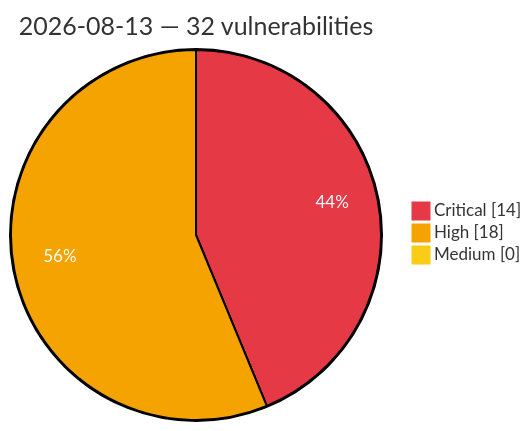
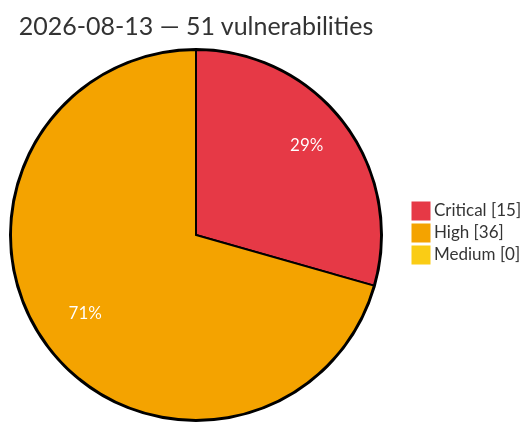
Before and after one commit to GhostX0X/vuln-tracker: the diagram in vulnerabilities/2026/August/2026-08-13.md, drawn with Mermaid. The commit also changed other lines of this file and 5 other files, not shown here.

Commit message:
Auto update: critical/high vulns (2026-08-13 14:43 UTC)

````diff
--- a/vulnerabilities/2026/August/2026-08-13.md
+++ b/vulnerabilities/2026/August/2026-08-13.md
@@ -3,8 +3,8 @@
 ```mermaid
 %%{init: {'theme':'base', 'themeVariables': {'pie1':'#e63946', 'pie2':'#f4a300', 'pie3':'#facc15', 'pieOpacity':'1', 'pieOuterStrokeWidth':'2px', 'pieSectionTextColor':'#ffffff'}}}%%
 pie showData
-    title 2026-08-13 — 32 vulnerabilities
-    "Critical" : 14
-    "High" : 18
+    title 2026-08-13 — 51 vulnerabilities
+    "Critical" : 15
+    "High" : 36
     "Medium" : 0
 ```
````
